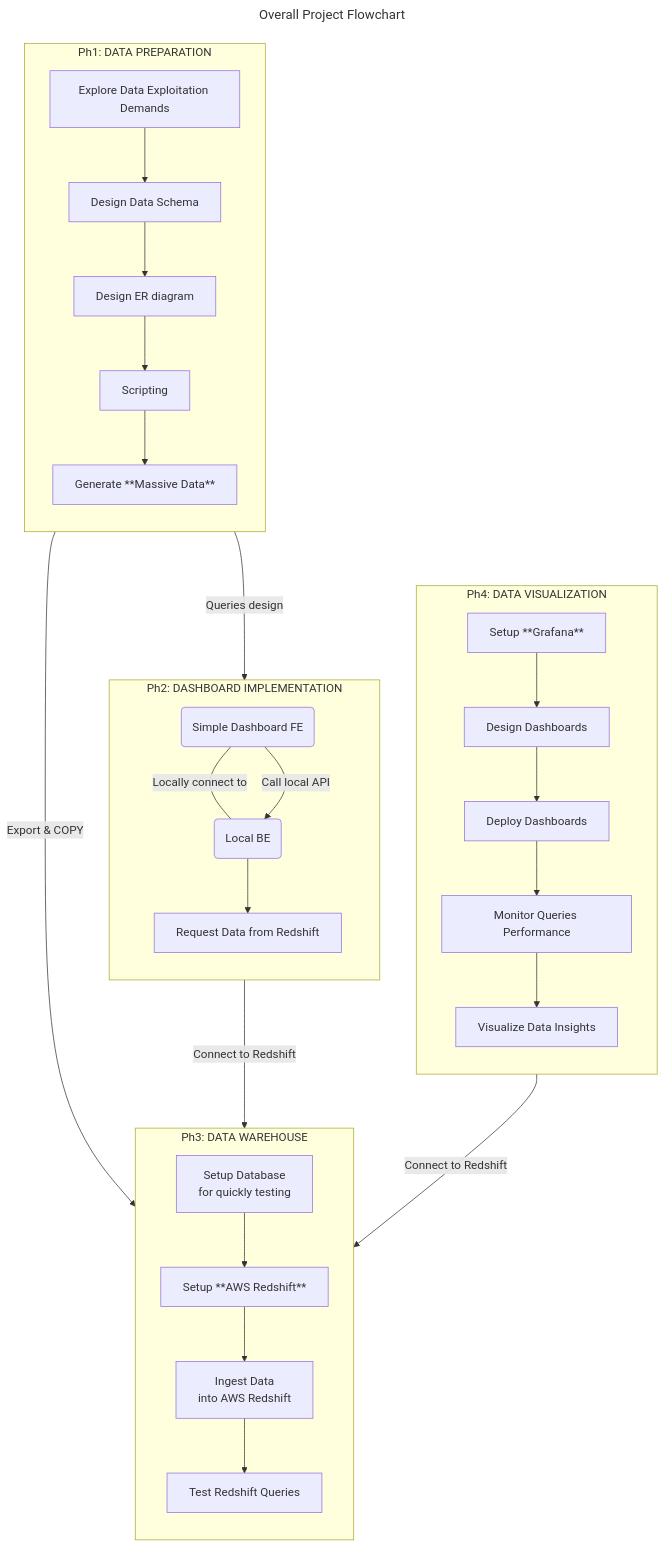
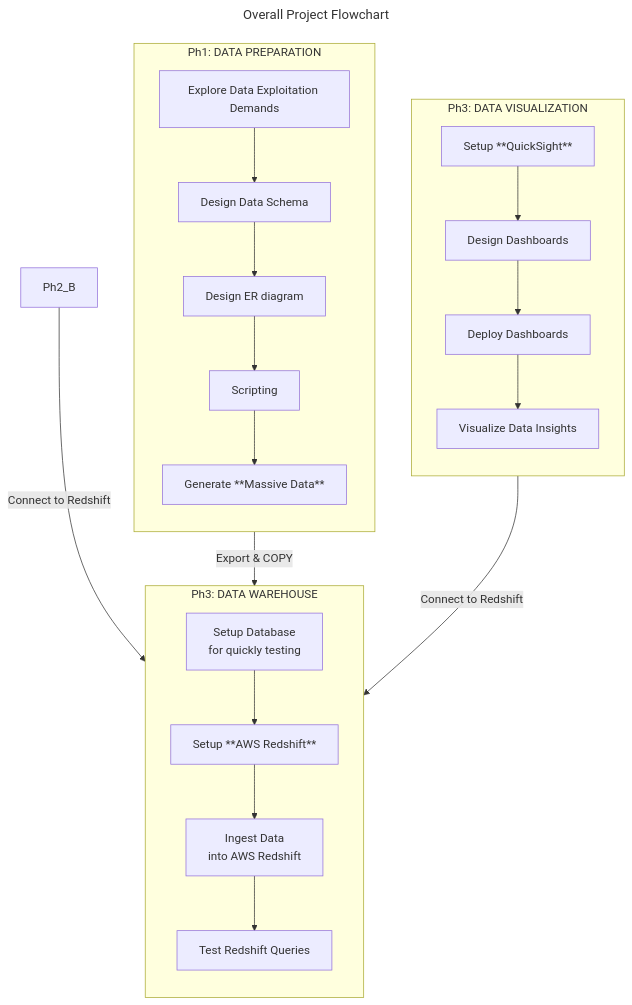
The diagram in flowcharts/overall_flow.mmd (tieutrikiet/ecommerce-redshift-de-m-251), drawn with Mermaid before and after one commit. The commit also changed 15 other files, not shown here.

```diff
--- a/flowcharts/overall_flow.mmd
+++ b/flowcharts/overall_flow.mmd
@@ -1,64 +1,50 @@
 ---
 title: Overall Project Flowchart
 ---
 
 flowchart TB
   %% nodes
     Ph1_A["Explore Data Exploitation Demands"]
     Ph1_B["Design Data Schema"]
     Ph1_C["Design ER diagram"]
     Ph1_D["Scripting"]
     Ph1_E["Generate **Massive Data**"]
     
     Ph3_A["""Setup Database 
     for quickly testing"""]
     Ph3_B["Setup **AWS Redshift**"]
     Ph3_C["""Ingest Data 
     into AWS Redshift"""]
     Ph3_D["Test Redshift Queries"]
 
-    Ph2_A("Simple Dashboard FE")
-    Ph2_B("Local BE")
-    Ph2_C["Request Data from Redshift"]
-
-    Ph4_A["Setup **Grafana**"]
+    Ph4_A["Setup **QuickSight**"]
     Ph4_C["Design Dashboards"]
     Ph4_D["Deploy Dashboards"]
-    Ph4_E["Monitor Queries Performance"]
     Ph4_F["Visualize Data Insights"]
 
   %% edges
-    subgraph Ph4 ["Ph4: DATA VISUALIZATION"]
+    subgraph Ph4 ["Ph3: DATA VISUALIZATION"]
       direction TB
       Ph4_A --> Ph4_C
       Ph4_C --> Ph4_D
-      Ph4_D --> Ph4_E
-      Ph4_E --> Ph4_F
-    end
-
-    subgraph Ph2 ["Ph2: DASHBOARD IMPLEMENTATION"]
-      direction TB
-      Ph2_A -- Locally connect to --- Ph2_B
-      Ph2_A -- Call local API --> Ph2_B
-      Ph2_B --> Ph2_C
+      Ph4_D --> Ph4_F
     end
 
     subgraph Ph3 ["Ph3: DATA WAREHOUSE"]
       direction TB
       Ph3_A --> Ph3_B
       Ph3_B --> Ph3_C
       Ph3_C --> Ph3_D
     end
 
     subgraph Ph1 ["Ph1: DATA PREPARATION"]
       direction TB
       Ph1_A --> Ph1_B
       Ph1_B --> Ph1_C
       Ph1_C --> Ph1_D
       Ph1_D --> Ph1_E
     end
 
     Ph2_B -- Connect to Redshift --> Ph3
     Ph4_A -- Connect to Redshift --> Ph3
     Ph1_E -- Export & COPY --> Ph3_C
-    Ph1_A -- Queries design --> Ph2
```
